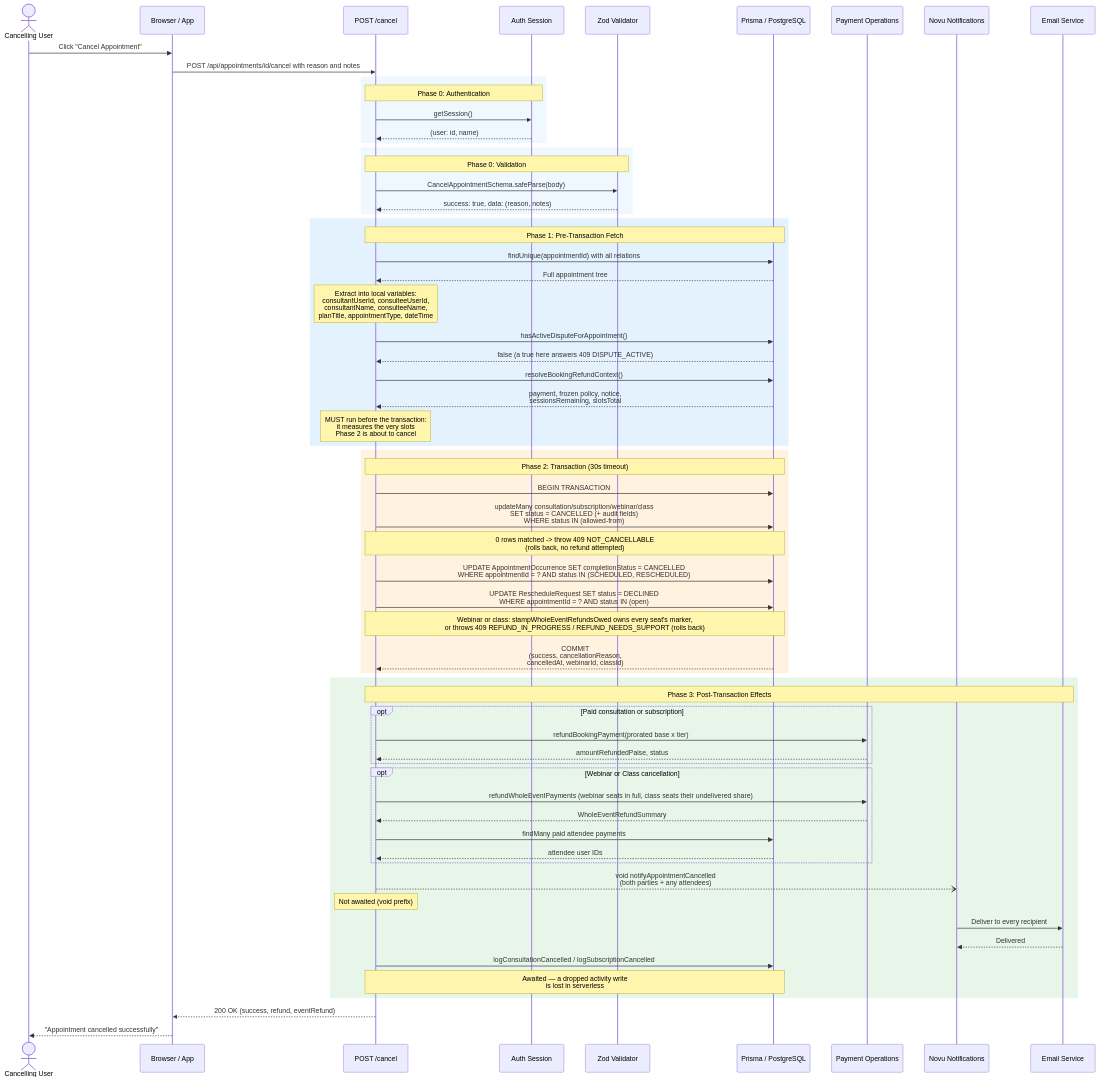
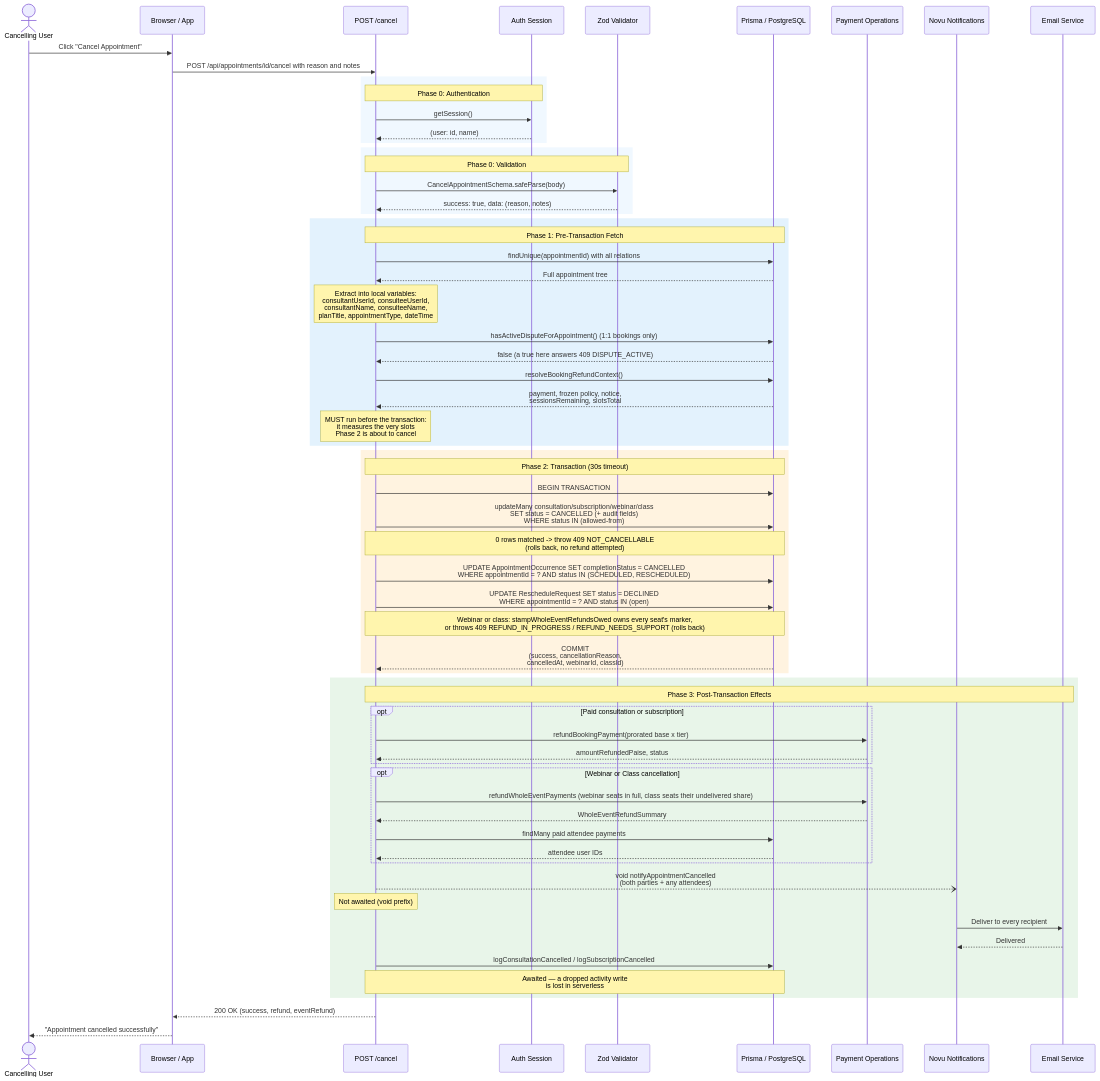
Diagram 14 of 14 in docs/booking/08-cancellation-flow.md (Practitionist/familiarise_web), drawn with Mermaid before and after one commit. The commit also changed other lines of this file and 8 other files, not shown here.

````diff
--- a/docs/booking/08-cancellation-flow.md
+++ b/docs/booking/08-cancellation-flow.md
@@ -1310,77 +1310,77 @@
 ```mermaid
 sequenceDiagram
     actor User as Cancelling User
     participant Client as Browser / App
     participant API as POST /cancel
     participant Auth as Auth Session
     participant Zod as Zod Validator
     participant DB as Prisma / PostgreSQL
     participant Pay as Payment Operations
     participant Novu as Novu Notifications
     participant Email as Email Service
 
     User->>Client: Click "Cancel Appointment"
     Client->>API: POST /api/appointments/id/cancel with reason and notes
 
     rect rgb(240, 248, 255)
         Note over API,Auth: Phase 0: Authentication
         API->>Auth: getSession()
         Auth-->>API: (user: id, name)
     end
 
     rect rgb(240, 248, 255)
         Note over API,Zod: Phase 0: Validation
         API->>Zod: CancelAppointmentSchema.safeParse(body)
         Zod-->>API: success: true, data: (reason, notes)
     end
 
     rect rgb(227, 242, 253)
         Note over API,DB: Phase 1: Pre-Transaction Fetch
         API->>DB: findUnique(appointmentId) with all relations
         DB-->>API: Full appointment tree
         Note over API: Extract into local variables:<br/>consultantUserId, consulteeUserId,<br/>consultantName, consulteeName,<br/>planTitle, appointmentType, dateTime
-        API->>DB: hasActiveDisputeForAppointment()
+        API->>DB: hasActiveDisputeForAppointment() (1:1 bookings only)
         DB-->>API: false (a true here answers 409 DISPUTE_ACTIVE)
         API->>DB: resolveBookingRefundContext()
         DB-->>API: payment, frozen policy, notice,<br/>sessionsRemaining, slotsTotal
         Note over API: MUST run before the transaction:<br/>it measures the very slots<br/>Phase 2 is about to cancel
     end
 
     rect rgb(255, 243, 224)
         Note over API,DB: Phase 2: Transaction (30s timeout)
         API->>DB: BEGIN TRANSACTION
         API->>DB: updateMany consultation/subscription/webinar/class<br/>SET status = CANCELLED (+ audit fields)<br/>WHERE status IN (allowed-from)
         Note over API,DB: 0 rows matched -> throw 409 NOT_CANCELLABLE<br/>(rolls back, no refund attempted)
         API->>DB: UPDATE AppointmentOccurrence SET completionStatus = CANCELLED<br/>WHERE appointmentId = ? AND status IN (SCHEDULED, RESCHEDULED)
         API->>DB: UPDATE RescheduleRequest SET status = DECLINED<br/>WHERE appointmentId = ? AND status IN (open)
         Note over API,DB: Webinar or class: stampWholeEventRefundsOwed owns every seat's marker,<br/>or throws 409 REFUND_IN_PROGRESS / REFUND_NEEDS_SUPPORT (rolls back)
         DB-->>API: COMMIT<br/>(success, cancellationReason,<br/>cancelledAt, webinarId, classId)
     end
 
     rect rgb(232, 245, 233)
         Note over API,Email: Phase 3: Post-Transaction Effects
 
         opt Paid consultation or subscription
             API->>Pay: refundBookingPayment(prorated base x tier)
             Pay-->>API: amountRefundedPaise, status
         end
 
         opt Webinar or Class cancellation
             API->>Pay: refundWholeEventPayments (webinar seats in full, class seats their undelivered share)
             Pay-->>API: WholeEventRefundSummary
             API->>DB: findMany paid attendee payments
             DB-->>API: attendee user IDs
         end
 
         API--)Novu: void notifyAppointmentCancelled<br/>(both parties + any attendees)
         Note over API: Not awaited (void prefix)
         Novu->>Email: Deliver to every recipient
         Email-->>Novu: Delivered
 
         API->>DB: logConsultationCancelled / logSubscriptionCancelled
         Note over API,DB: Awaited — a dropped activity write<br/>is lost in serverless
     end
 
     API-->>Client: 200 OK (success, refund, eventRefund)
     Client-->>User: "Appointment cancelled successfully"
 ```
````
